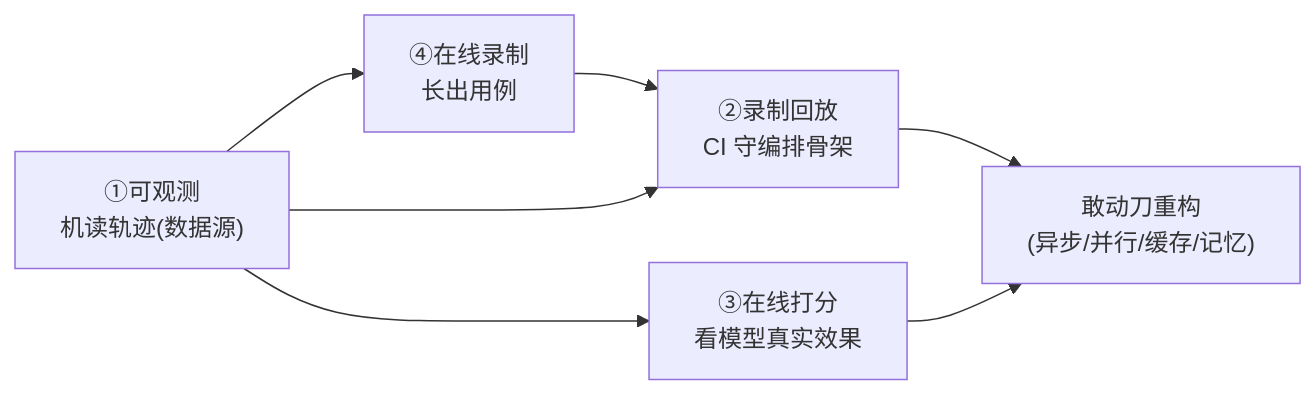
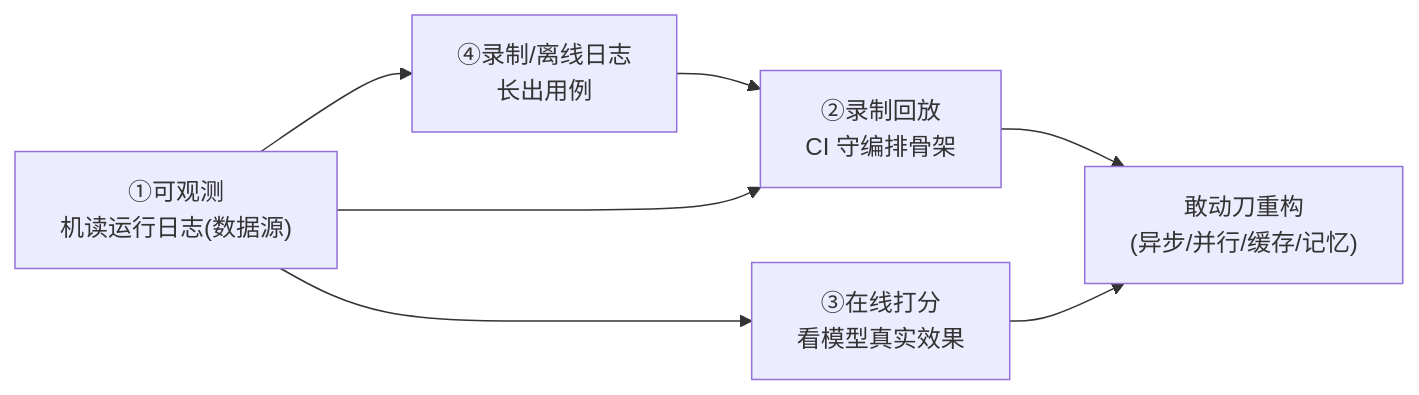
One commit to hxy2321548628/agent_mvp changed the fourth of 4 diagrams in doc/agent-design/10-evaluation.md. Above: the diagram before and after it, drawn with Mermaid. The commit also changed other lines of this file and 32 other files, not shown here.

````diff
--- a/doc/agent-design/10-evaluation.md
+++ b/doc/agent-design/10-evaluation.md
@@ -88,8 +87,8 @@
 ```mermaid
 flowchart LR
-    obs["①可观测<br/>机读轨迹(数据源)"] --> rec["④在线录制<br/>长出用例"]
+    obs["①可观测<br/>机读运行日志(数据源)"] --> rec["④录制/离线日志<br/>长出用例"]
     rec --> replay["②录制回放<br/>CI 守编排骨架"]
     obs --> replay
     obs --> online["③在线打分<br/>看模型真实效果"]
     replay & online --> safe["敢动刀重构<br/>(异步/并行/缓存/记忆)"]
 ```
````
